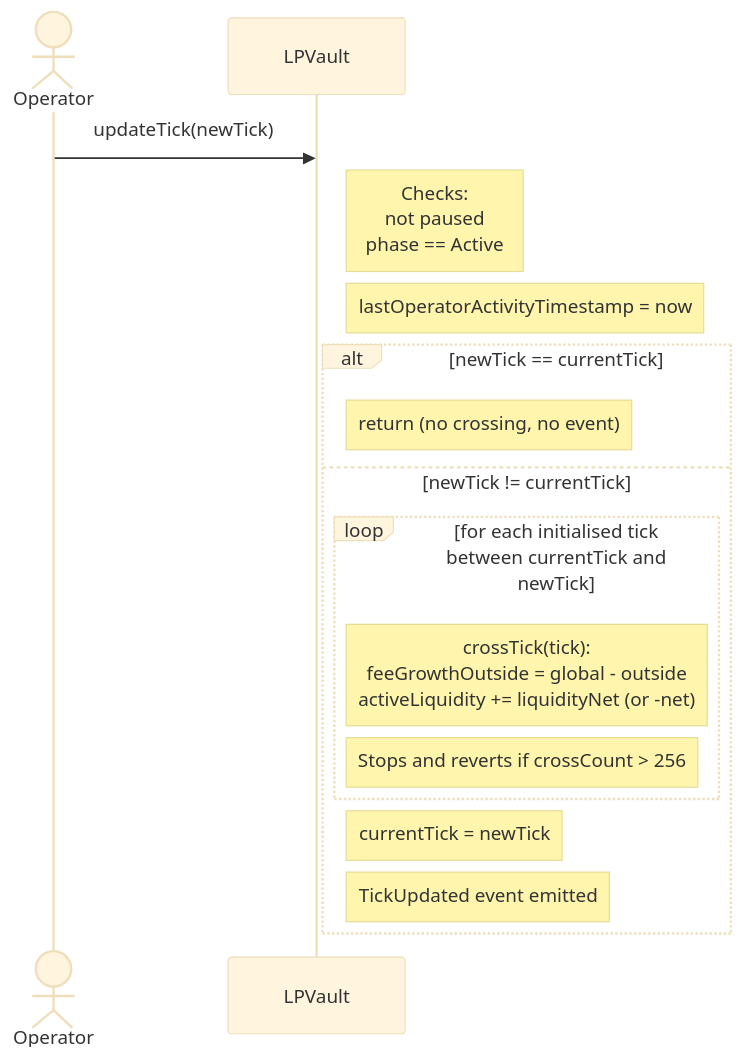
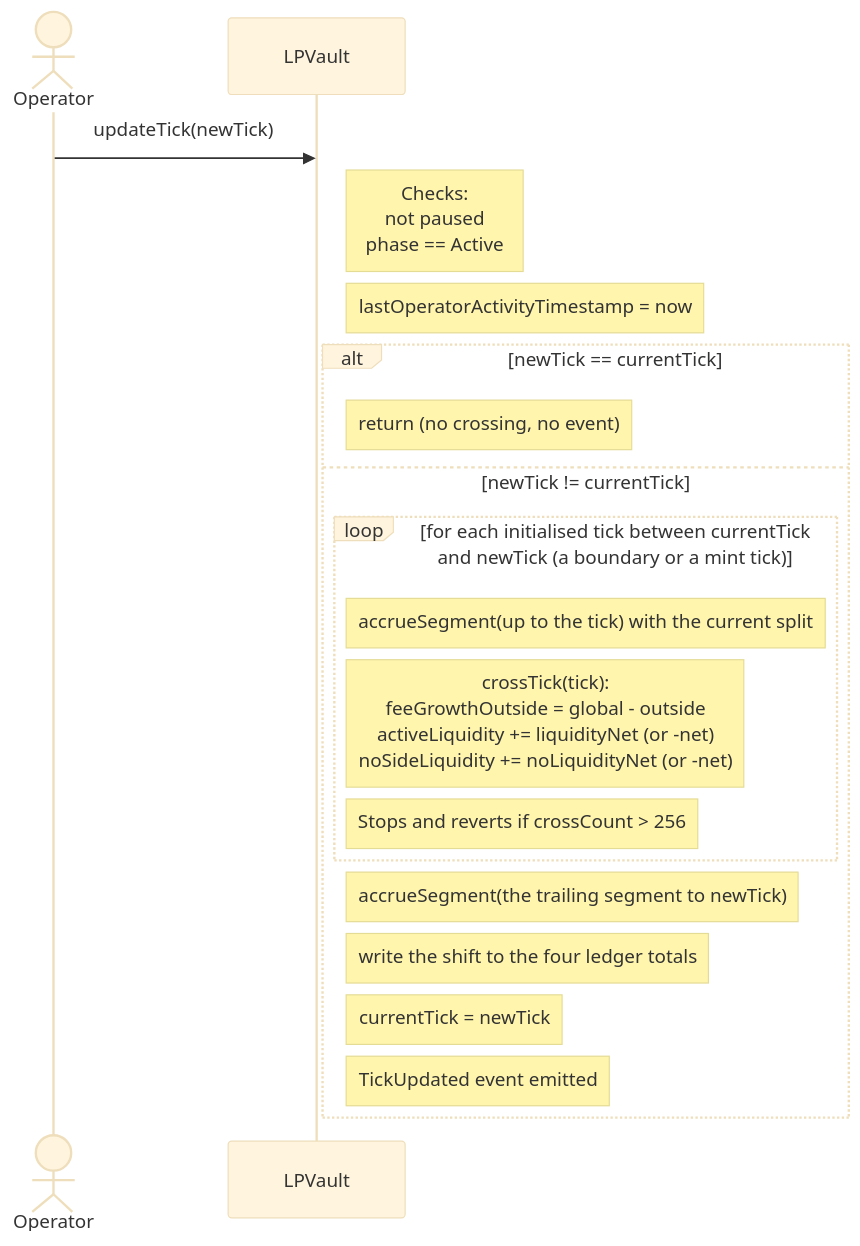
The tenth of 33 diagrams in REFERENCE.md (ProphetMarket/lp-vaults), drawn with Mermaid (base theme) before and after one commit. The commit also changed other lines of this file and 3 other files, not shown here.

First line of the commit message:
chore (vault): Document the ledger and update R11

````diff
--- a/REFERENCE.md
+++ b/REFERENCE.md
@@ -512,21 +513,24 @@
 ```mermaid
 sequenceDiagram
     actor Operator
     participant Vault as LPVault
 
     Operator->>Vault: updateTick(newTick)
     Note right of Vault: Checks:<br/>not paused<br/>phase == Active
     Note right of Vault: lastOperatorActivityTimestamp = now
 
     alt newTick == currentTick
         Note right of Vault: return (no crossing, no event)
     else newTick != currentTick
-        loop for each initialised tick between currentTick and newTick
-            Note right of Vault: crossTick(tick):<br/>feeGrowthOutside = global - outside<br/>activeLiquidity += liquidityNet (or -net)
+        loop for each initialised tick between currentTick and newTick (a boundary or a mint tick)
+            Note right of Vault: accrueSegment(up to the tick) with the current split
+            Note right of Vault: crossTick(tick):<br/>feeGrowthOutside = global - outside<br/>activeLiquidity += liquidityNet (or -net)<br/>noSideLiquidity += noLiquidityNet (or -net)
             Note right of Vault: Stops and reverts if crossCount > 256
         end
+        Note right of Vault: accrueSegment(the trailing segment to newTick)
+        Note right of Vault: write the shift to the four ledger totals
 
         Note right of Vault: currentTick = newTick
         Note right of Vault: TickUpdated event emitted
     end
 ```
````
